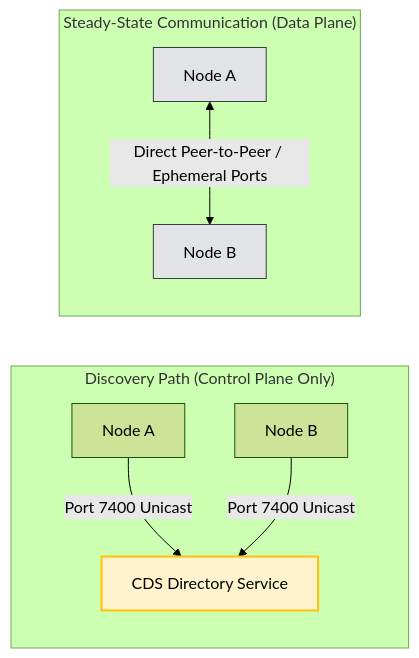
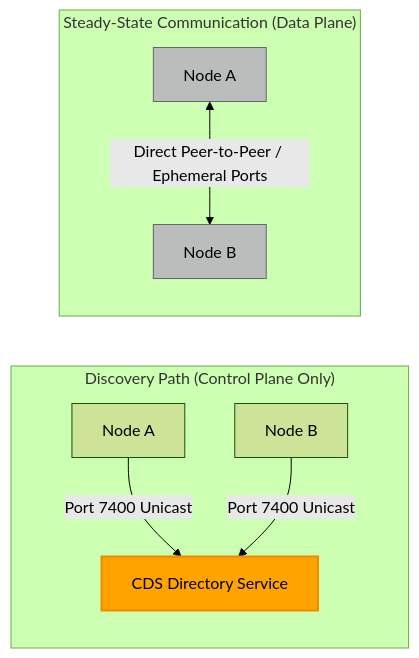
The third of 3 diagrams in examples/1. CDS Discovery/README.md (ajmhs/connext_appliance), drawn with Mermaid (forest theme) before and after one commit. The commit also changed other lines of this file and 8 other files, not shown here.

````diff
--- a/examples/1. CDS Discovery/README.md
+++ b/examples/1. CDS Discovery/README.md
@@ -234,15 +281,15 @@
 ```mermaid
 graph LR
     subgraph "Discovery Path (Control Plane Only)"
         A1[Node A] -->|Port 7400 Unicast| CDS[CDS Directory Service]
         B1[Node B] -->|Port 7400 Unicast| CDS
     end
 
     subgraph "Steady-State Communication (Data Plane)"
         A2[Node A] <--> |Direct Peer-to-Peer / Ephemeral Ports| B2[Node B]
     end
 
-    style CDS fill:#fff3cd,stroke:#ffc107,stroke-width:2px
-    style A2 fill:#e2e3e5,stroke:#383d41
-    style B2 fill:#e2e3e5,stroke:#383d41
+    style CDS fill:#FFA300,stroke:#ED8B00,stroke-width:2px,color:#000
+    style A2 fill:#BBBCBC,stroke:#63666A,color:#000
+    style B2 fill:#BBBCBC,stroke:#63666A,color:#000
 ```
````
